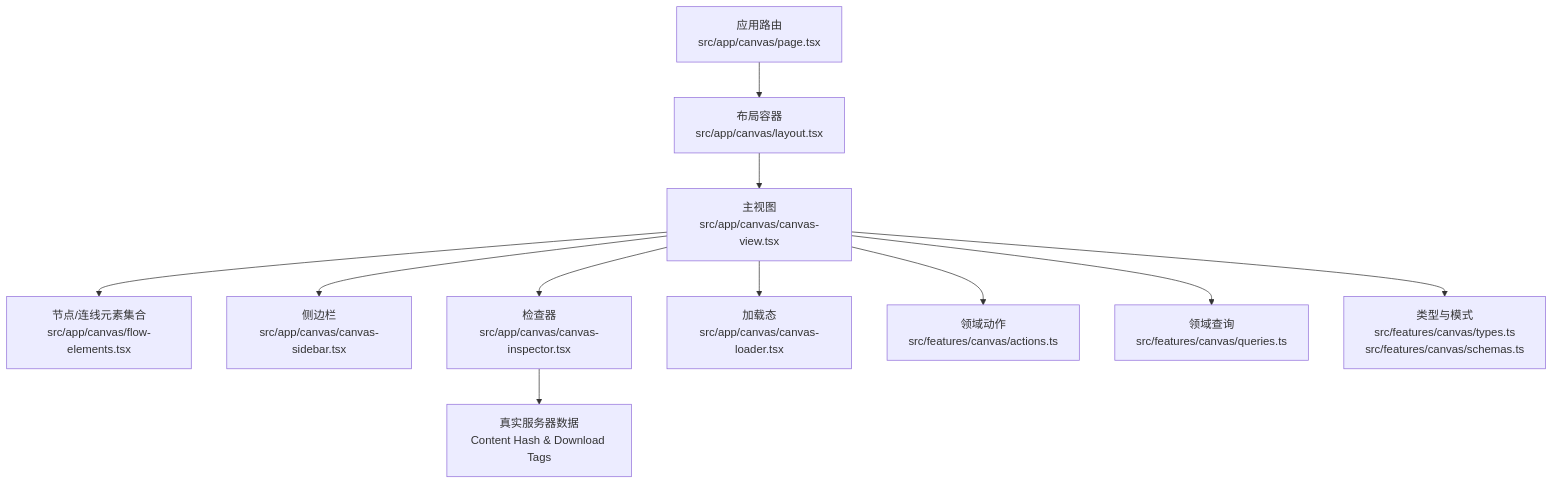
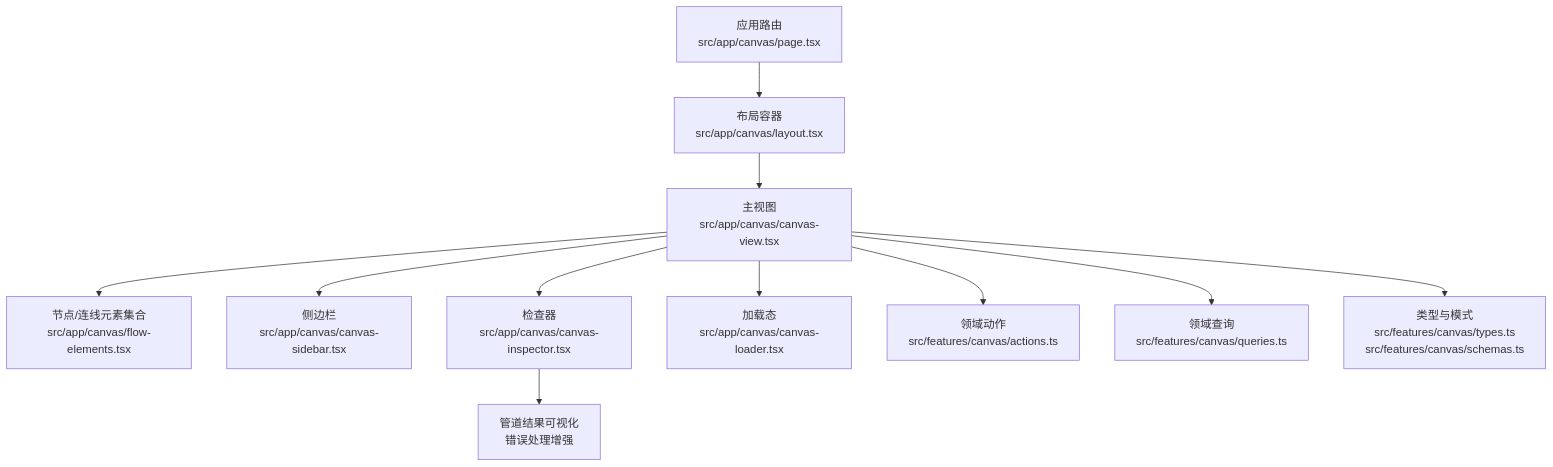
The first of 3 diagrams in .qoder/repowiki/zh/content/核心功能模块/画布编辑器/画布主视图.md (AIMFllyYS/code-video-canvas), drawn with Mermaid before and after one commit. The commit also changed other lines of this file and 44 other files, not shown here.

````diff
--- a/.qoder/repowiki/zh/content/核心功能模块/画布编辑器/画布主视图.md
+++ b/.qoder/repowiki/zh/content/核心功能模块/画布编辑器/画布主视图.md
@@ -48,13 +48,13 @@
 ```mermaid
 graph TB
 A["应用路由<br/>src/app/canvas/page.tsx"] --> B["布局容器<br/>src/app/canvas/layout.tsx"]
 B --> C["主视图<br/>src/app/canvas/canvas-view.tsx"]
 C --> D["节点/连线元素集合<br/>src/app/canvas/flow-elements.tsx"]
 C --> E["侧边栏<br/>src/app/canvas/canvas-sidebar.tsx"]
 C --> F["检查器<br/>src/app/canvas/canvas-inspector.tsx"]
 C --> G["加载态<br/>src/app/canvas/canvas-loader.tsx"]
 C --> H["领域动作<br/>src/features/canvas/actions.ts"]
 C --> I["领域查询<br/>src/features/canvas/queries.ts"]
 C --> J["类型与模式<br/>src/features/canvas/types.ts<br/>src/features/canvas/schemas.ts"]
-F --> K["真实服务器数据<br/>Content Hash & Download Tags"]
+F --> K["管道结果可视化<br/>错误处理增强"]
 ```
````
